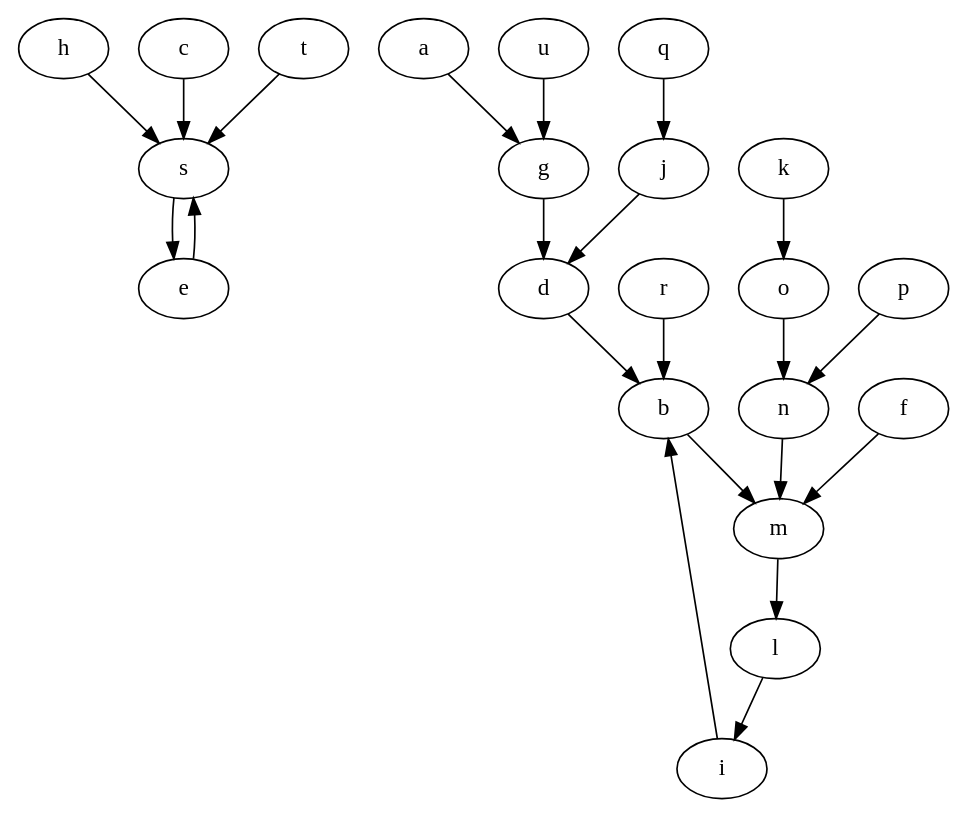
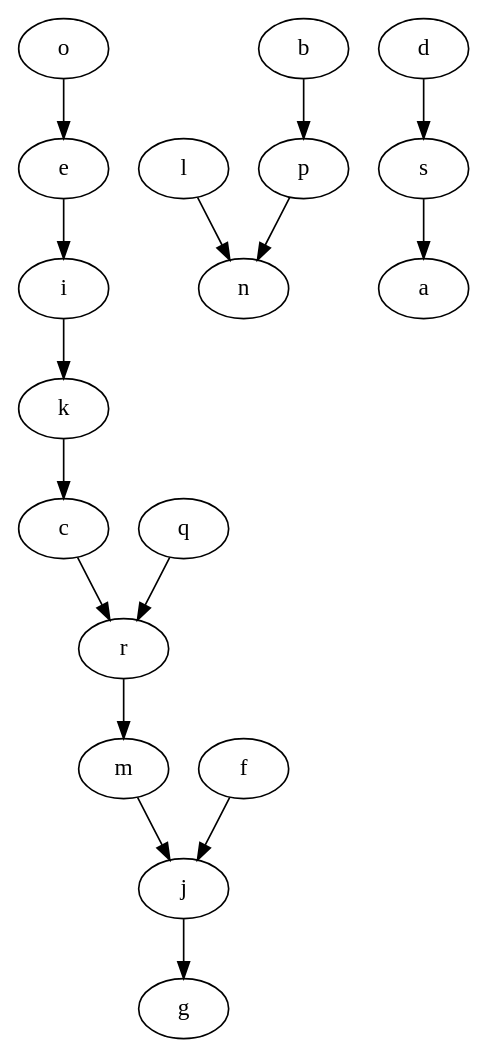
One commit to ClayDowling/llintersections changed the diagram in samples/graphA.gv. Above: the diagram before and after it, drawn with Graphviz. The commit also changed 23 other files, not shown here.

```diff
--- a/samples/graphA.gv
+++ b/samples/graphA.gv
@@ -1,23 +1,17 @@
 digraph intersection {
-  h -> s
-  a -> g
-  b -> m
-  n -> m
-  f -> m
-  m -> l
-  q -> j
-  s -> e
-  i -> b
-  c -> s
-  k -> o
-  u -> g
-  r -> b
-  e -> s
+  o -> e
+  l -> n
+  q -> r
+  s -> a
+  m -> j
   p -> n
-  d -> b
-  g -> d
-  o -> n
-  l -> i
-  t -> s
-  j -> d
+  e -> i
+  f -> j
+  d -> s
+  c -> r
+  b -> p
+  j -> g
+  r -> m
+  k -> c
+  i -> k
 }
```
